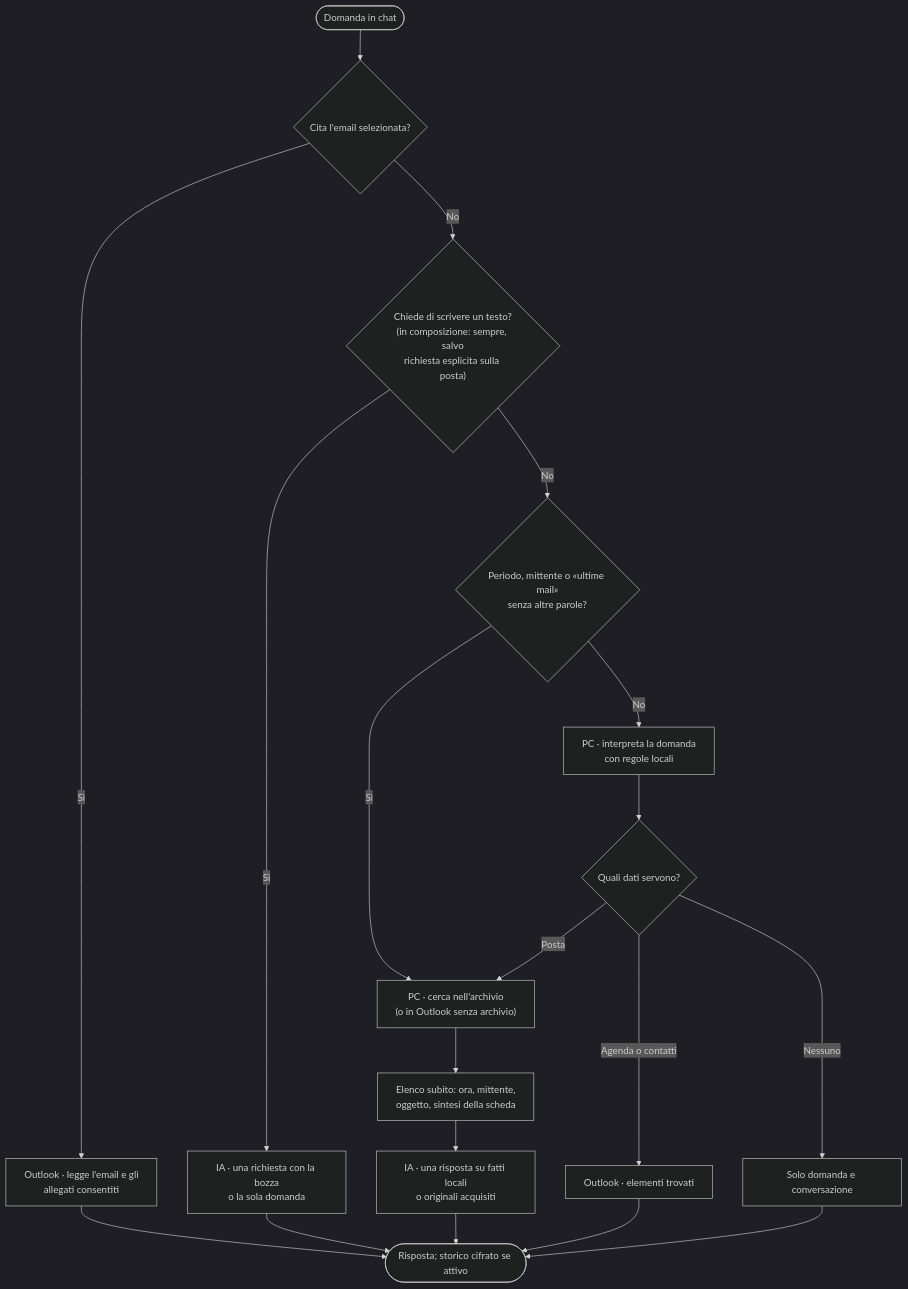
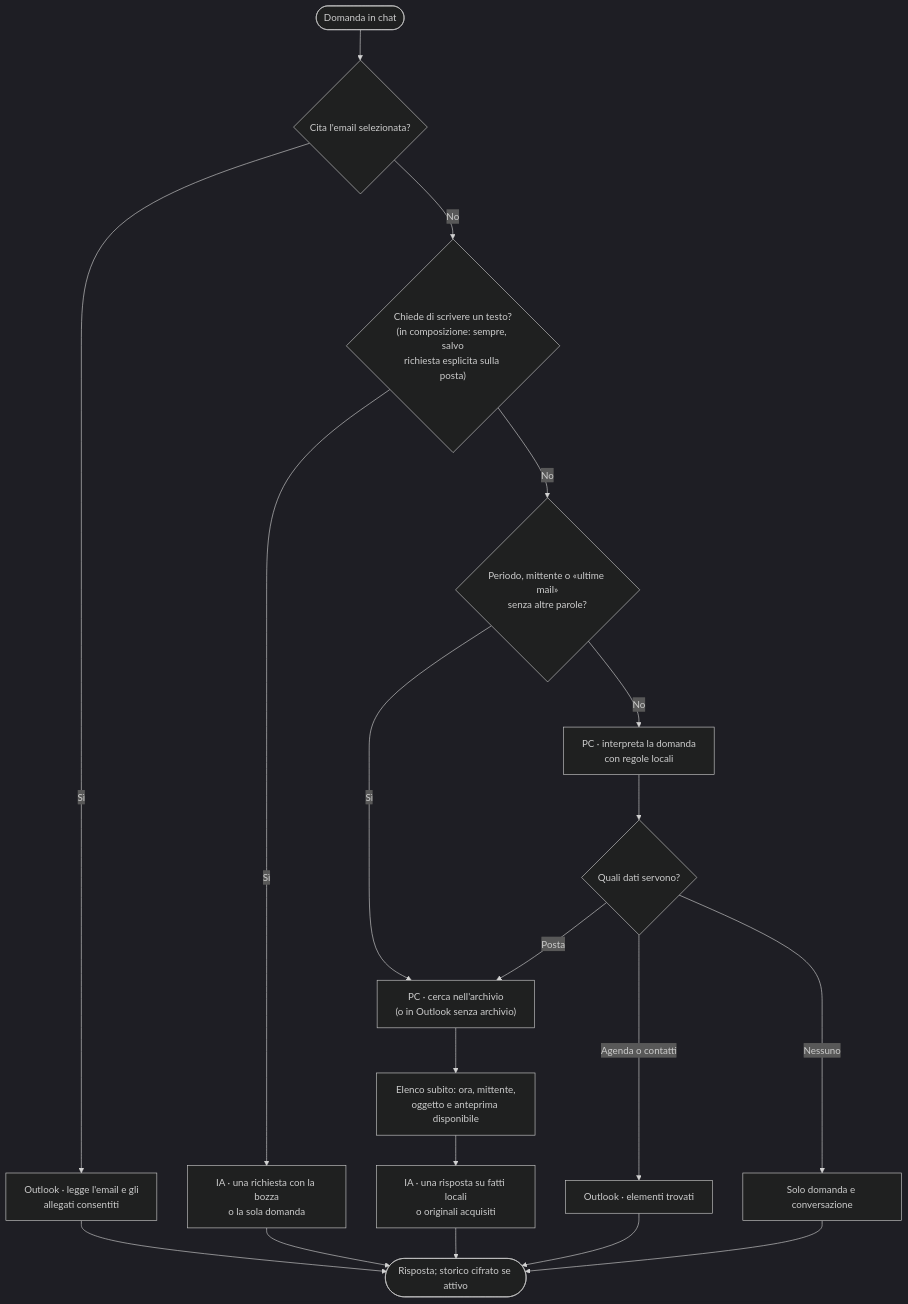
The diagram in docs/utente/riquadro.md (dennidalpos/OnlyWorkspace), drawn with Mermaid (dark theme) before and after one commit. The commit also changed other lines of this file and 12 other files, not shown here.

````diff
--- a/docs/utente/riquadro.md
+++ b/docs/utente/riquadro.md
@@ -95,21 +95,21 @@
 ```mermaid
 flowchart TD
     A(["Domanda in chat"]) --> B{"Cita l'email selezionata?"}
     B -->|"Sì"| C["Outlook · legge l'email e gli<br/>allegati consentiti"]
     B -->|"No"| W{"Chiede di scrivere un testo?<br/>(in composizione: sempre, salvo<br/>richiesta esplicita sulla posta)"}
     W -->|"Sì"| X["IA · una richiesta con la bozza<br/>o la sola domanda"]
     W -->|"No"| K{"Periodo, mittente o «ultime mail»<br/>senza altre parole?"}
     K -->|"Sì"| F
     K -->|"No"| D["PC · interpreta la domanda<br/>con regole locali"]
     D --> E{"Quali dati servono?"}
     E -->|"Posta"| F["PC · cerca nell'archivio<br/>(o in Outlook senza archivio)"]
     E -->|"Agenda o contatti"| G["Outlook · elementi trovati"]
     E -->|"Nessuno"| H["Solo domanda e conversazione"]
-    F --> L["Elenco subito: ora, mittente,<br/>oggetto, sintesi della scheda"]
+    F --> L["Elenco subito: ora, mittente,<br/>oggetto e anteprima disponibile"]
     L --> I["IA · una risposta su fatti locali<br/>o originali acquisiti"]
     C --> J(["Risposta; storico cifrato se attivo"])
     G --> J
     H --> J
     I --> J
     X --> J
 ```
````
